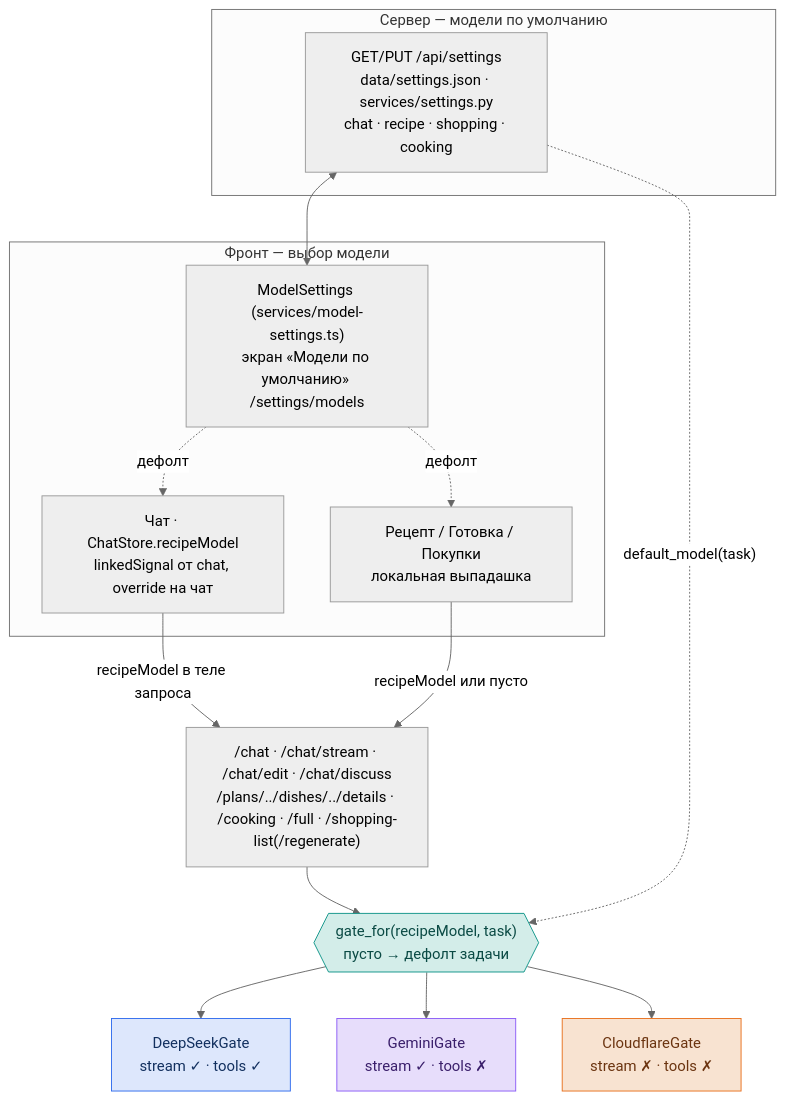
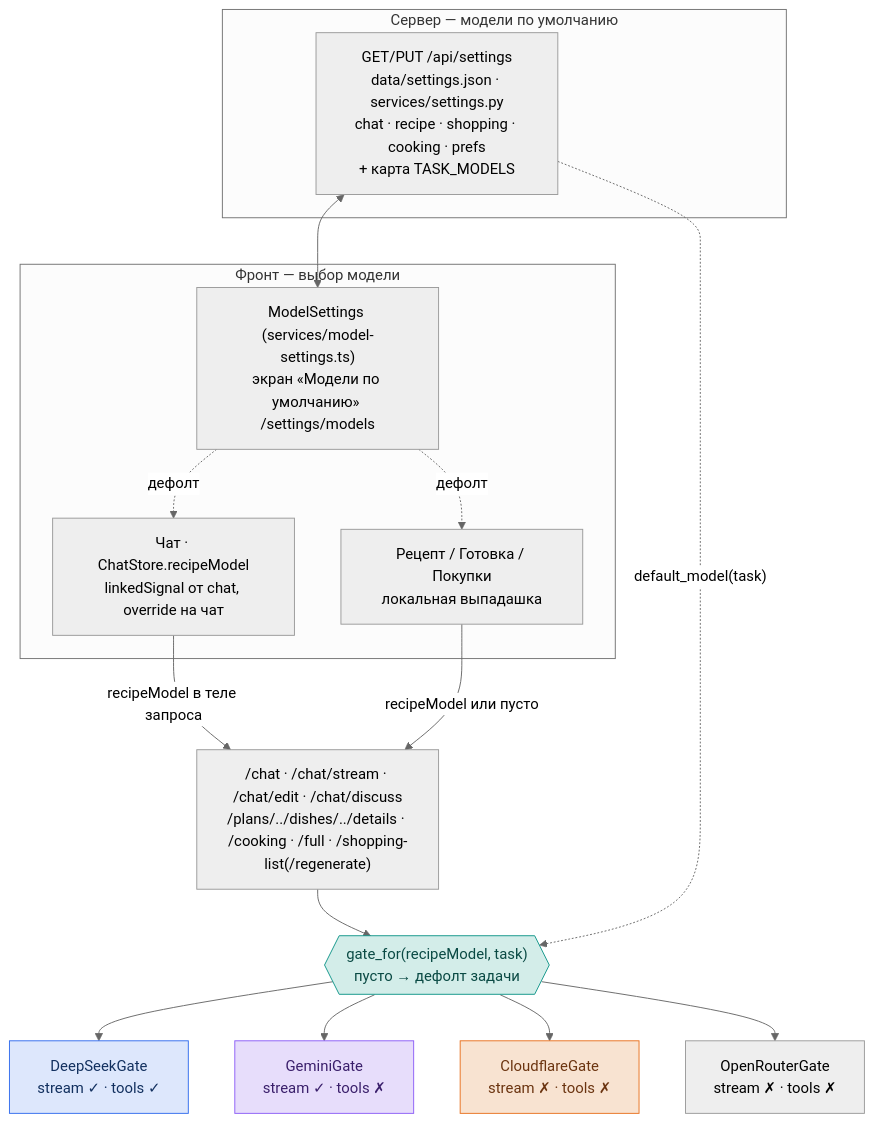
Before and after one commit to khripunovpp/easy-week: the first of 4 diagrams in docs/ARCHITECTURE.md, drawn with Mermaid (neutral theme). The commit also changed other lines of this file and 32 other files, not shown here.

````diff
--- a/docs/ARCHITECTURE.md
+++ b/docs/ARCHITECTURE.md
@@ -26,27 +36,28 @@
 ```mermaid
 flowchart TD
   subgraph SRV["Сервер — модели по умолчанию"]
-    S["GET/PUT /api/settings<br/>data/settings.json · services/settings.py<br/>chat · recipe · shopping · cooking"]
+    S["GET/PUT /api/settings<br/>data/settings.json · services/settings.py<br/>chat · recipe · shopping · cooking · prefs<br/>+ карта TASK_MODELS"]
   end
   subgraph FE["Фронт — выбор модели"]
     MS["ModelSettings (services/model-settings.ts)<br/>экран «Модели по умолчанию» /settings/models"]
     C["Чат · ChatStore.recipeModel<br/>linkedSignal от chat, override на чат"]
     PG["Рецепт / Готовка / Покупки<br/>локальная выпадашка"]
     MS -. "дефолт" .-> C
     MS -. "дефолт" .-> PG
   end
   S <--> MS
   C -- "recipeModel в теле запроса" --> API["/chat · /chat/stream · /chat/edit · /chat/discuss<br/>/plans/../dishes/../details · /cooking · /full · /shopping-list(/regenerate)"]
   PG -- "recipeModel или пусто" --> API
   API --> GF{{"gate_for(recipeModel, task)<br/>пусто → дефолт задачи"}}
   S -. "default_model(task)" .-> GF
   GF --> DS["DeepSeekGate<br/>stream ✓ · tools ✓"]
   GF --> GM["GeminiGate<br/>stream ✓ · tools ✗"]
   GF --> CF["CloudflareGate<br/>stream ✗ · tools ✗"]
+  GF --> OR["OpenRouterGate<br/>stream ✗ · tools ✗"]
 
   classDef ds fill:#dde7fc,stroke:#2f6bed,color:#12305f;
   classDef gm fill:#e7ddfb,stroke:#8b5cf6,color:#3a1f6b;
   classDef cf fill:#f8e3d1,stroke:#e8701d,color:#6b3410;
   classDef sys fill:#d3ede9,stroke:#0d9488,color:#0a4a44;
   class DS ds; class GM gm; class CF cf; class GF sys;
 ```
````
